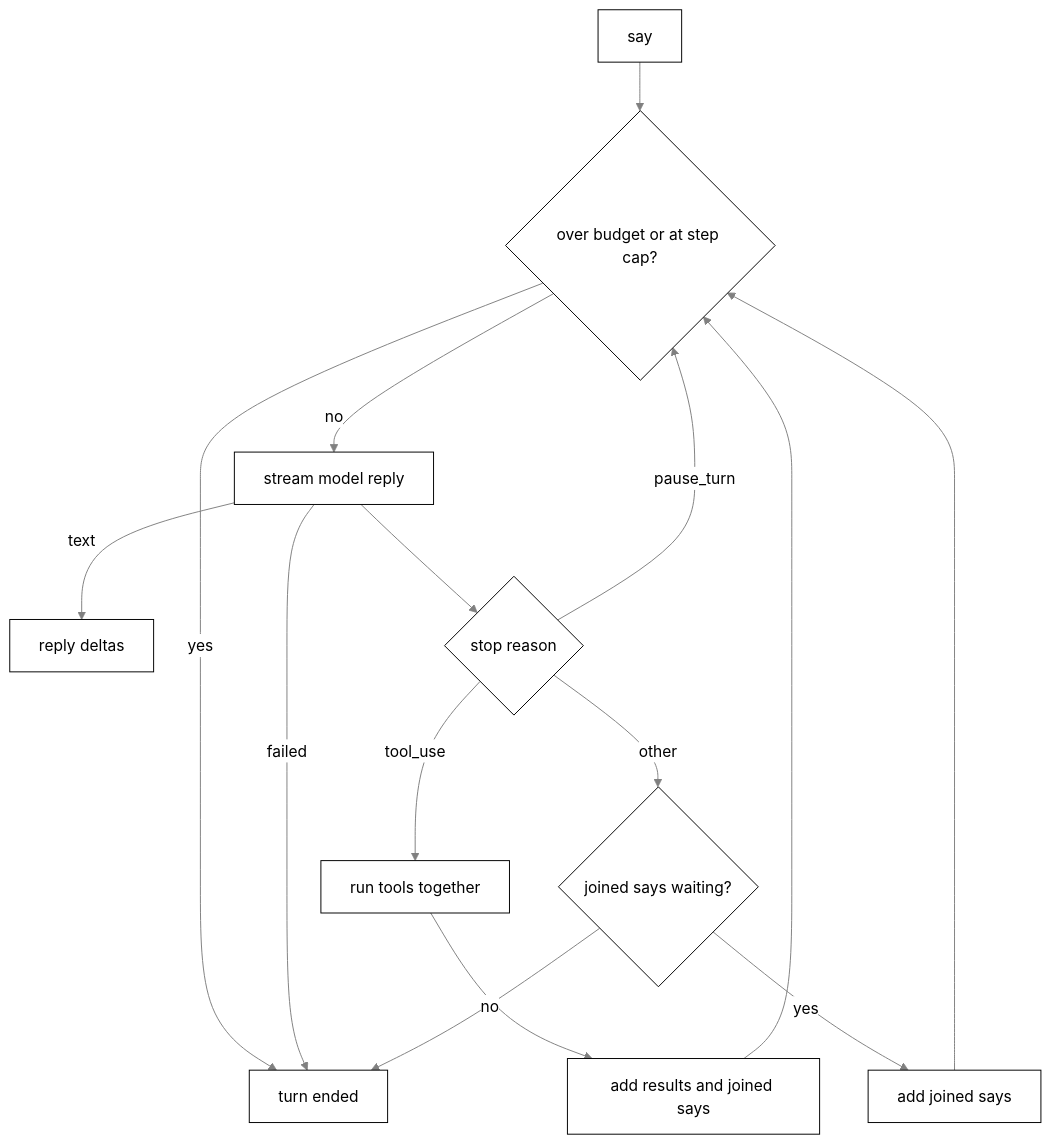
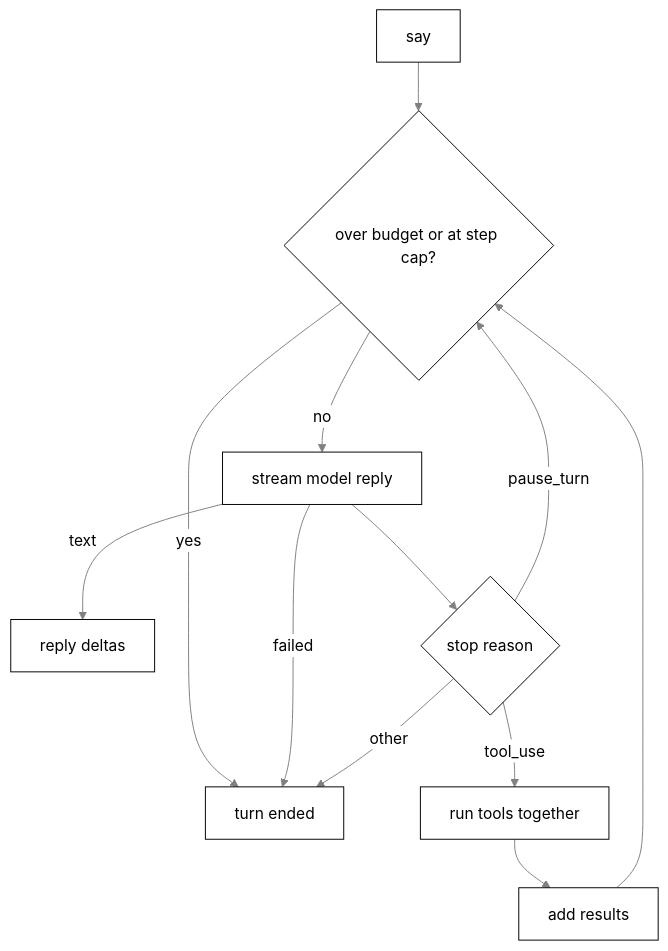
Before and after one commit to nadeem4/tagalong: the first of 15 diagrams in docs/brain.md, drawn with Mermaid. The commit also changed other lines of this file and 32 other files, not shown here.

````diff
--- a/docs/brain.md
+++ b/docs/brain.md
@@ -180,18 +185,15 @@
 ```mermaid
 %%{init: {"theme": "base", "themeVariables": {"primaryColor": "#ffffff", "primaryTextColor": "#000000", "primaryBorderColor": "#000000", "lineColor": "#808080", "arrowheadColor": "#808080", "secondaryColor": "#f2f2f2", "tertiaryColor": "#ffffff", "clusterBkg": "#f7f7f7", "clusterBorder": "#808080", "edgeLabelBackground": "#ffffff", "titleColor": "#808080", "actorBkg": "#ffffff", "actorBorder": "#000000", "actorTextColor": "#000000", "actorLineColor": "#808080", "signalColor": "#808080", "signalTextColor": "#808080", "sequenceNumberColor": "#ffffff", "labelBoxBkgColor": "#ffffff", "labelBoxBorderColor": "#808080", "labelTextColor": "#000000", "loopTextColor": "#808080", "noteBkgColor": "#f7f7f7", "noteBorderColor": "#808080", "noteTextColor": "#000000", "activationBkgColor": "#f7f7f7", "activationBorderColor": "#808080", "fontFamily": "Segoe UI, Helvetica, Arial, sans-serif"}}}%%
 flowchart TD
     A[say] --> B{over budget or at step cap?}
     B -->|yes| Z[turn ended]
     B -->|no| C[stream model reply]
     C -->|text| D[reply deltas]
     C -->|failed| Z
     C --> E{stop reason}
     E -->|tool_use| F[run tools together]
-    F --> G[add results and joined says]
+    F --> G[add results]
     G --> B
     E -->|pause_turn| B
-    E -->|other| H{joined says waiting?}
-    H -->|yes| J[add joined says]
-    J --> B
-    H -->|no| Z
+    E -->|other| Z
 ```
````
